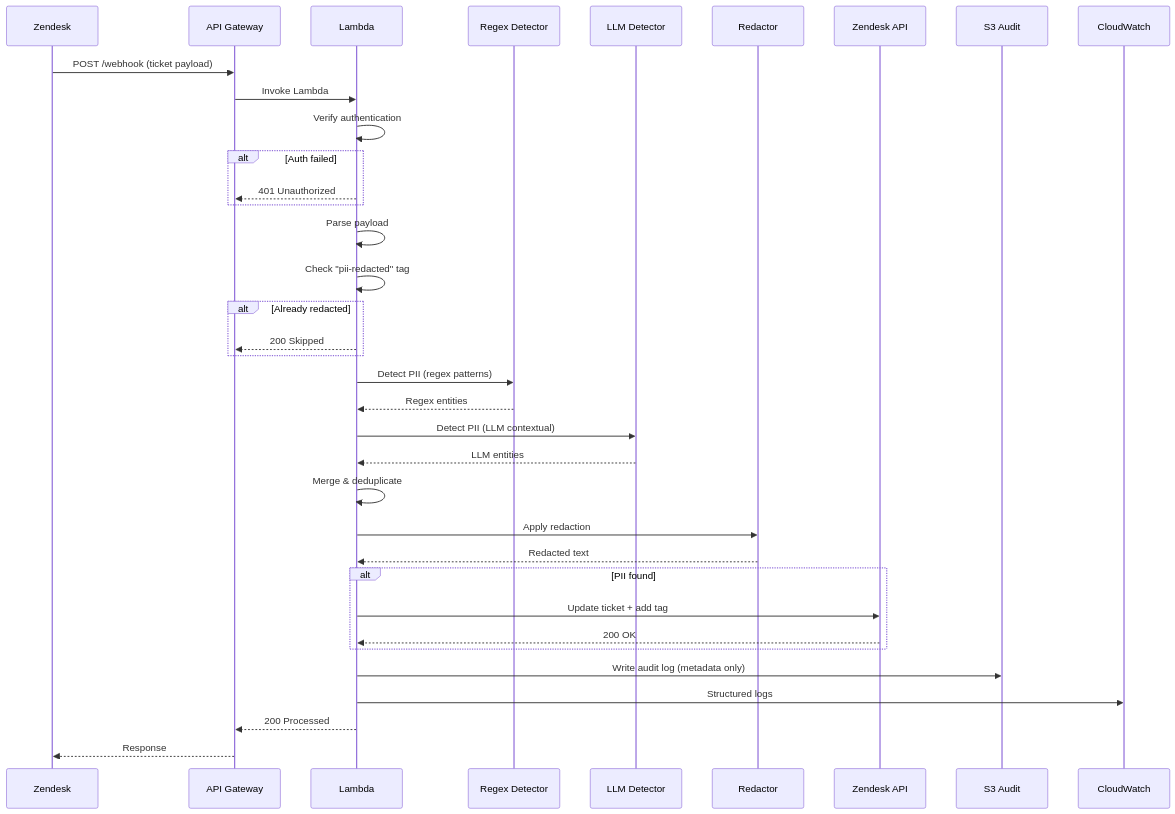
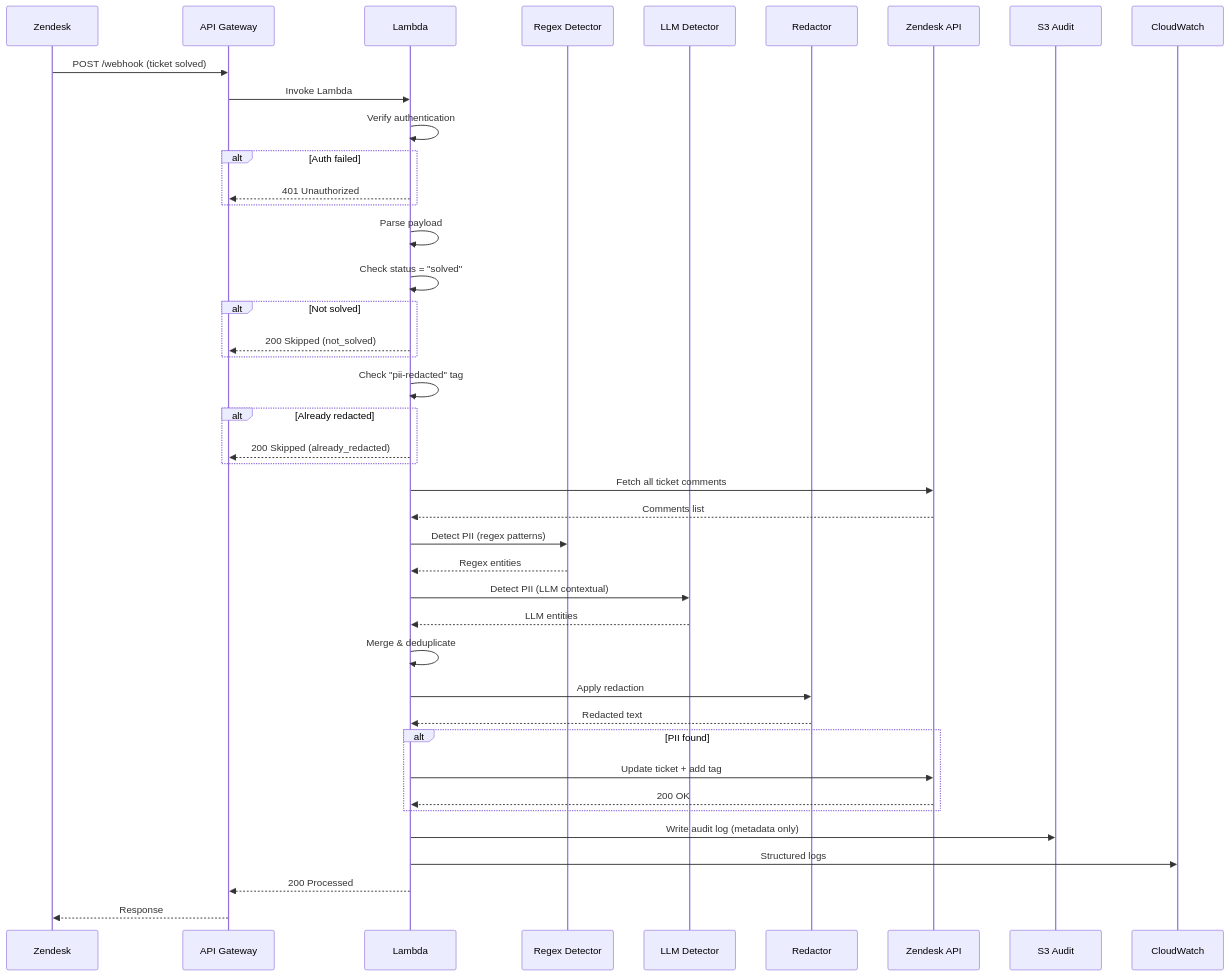
One commit to mohdasim/PII-Redaction-Gateway-for-Zendesk changed the first of 7 diagrams in docs/flowchart.md. Above: the diagram before and after it, drawn with Mermaid. The commit also changed 11 other files, not shown here.

First line of the commit message:
Run PII redaction only on ticket solved with tag-based loop prevention

````diff
--- a/docs/flowchart.md
+++ b/docs/flowchart.md
@@ -5,39 +5,45 @@
 ```mermaid
 sequenceDiagram
     participant Z as Zendesk
     participant AG as API Gateway
     participant L as Lambda
     participant RD as Regex Detector
     participant LD as LLM Detector
     participant R as Redactor
     participant ZA as Zendesk API
     participant S3 as S3 Audit
     participant CW as CloudWatch
 
-    Z->>AG: POST /webhook (ticket payload)
+    Z->>AG: POST /webhook (ticket solved)
     AG->>L: Invoke Lambda
     L->>L: Verify authentication
     alt Auth failed
         L-->>AG: 401 Unauthorized
     end
     L->>L: Parse payload
+    L->>L: Check status = "solved"
+    alt Not solved
+        L-->>AG: 200 Skipped (not_solved)
+    end
     L->>L: Check "pii-redacted" tag
     alt Already redacted
-        L-->>AG: 200 Skipped
+        L-->>AG: 200 Skipped (already_redacted)
     end
+    L->>ZA: Fetch all ticket comments
+    ZA-->>L: Comments list
     L->>RD: Detect PII (regex patterns)
     RD-->>L: Regex entities
     L->>LD: Detect PII (LLM contextual)
     LD-->>L: LLM entities
     L->>L: Merge & deduplicate
     L->>R: Apply redaction
     R-->>L: Redacted text
     alt PII found
         L->>ZA: Update ticket + add tag
         ZA-->>L: 200 OK
     end
     L->>S3: Write audit log (metadata only)
     L->>CW: Structured logs
     L-->>AG: 200 Processed
     AG-->>Z: Response
 ```
````
